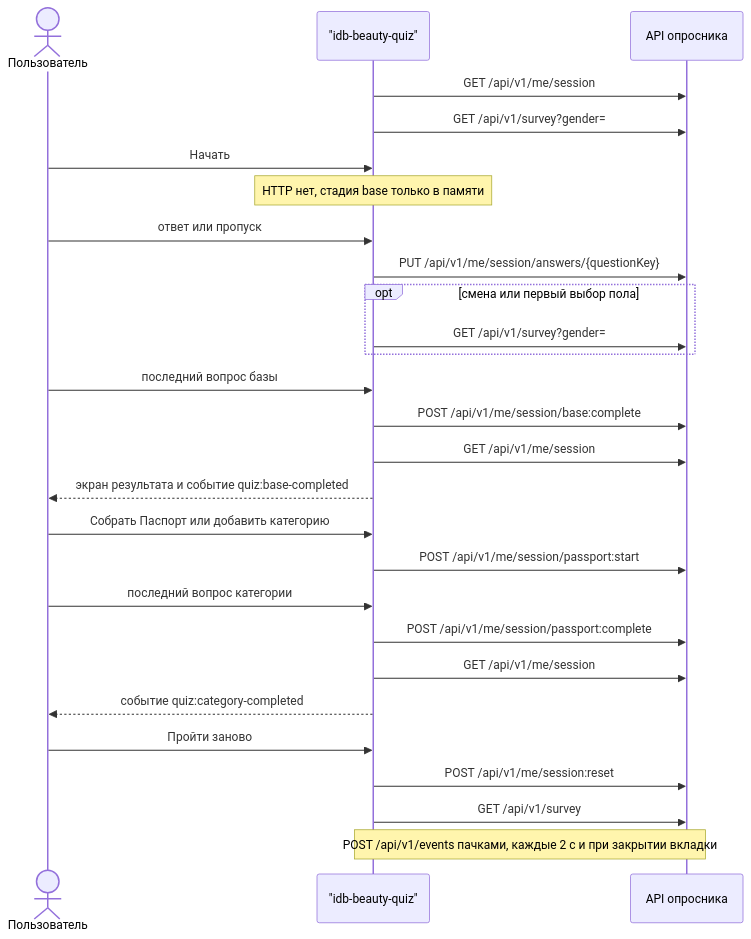
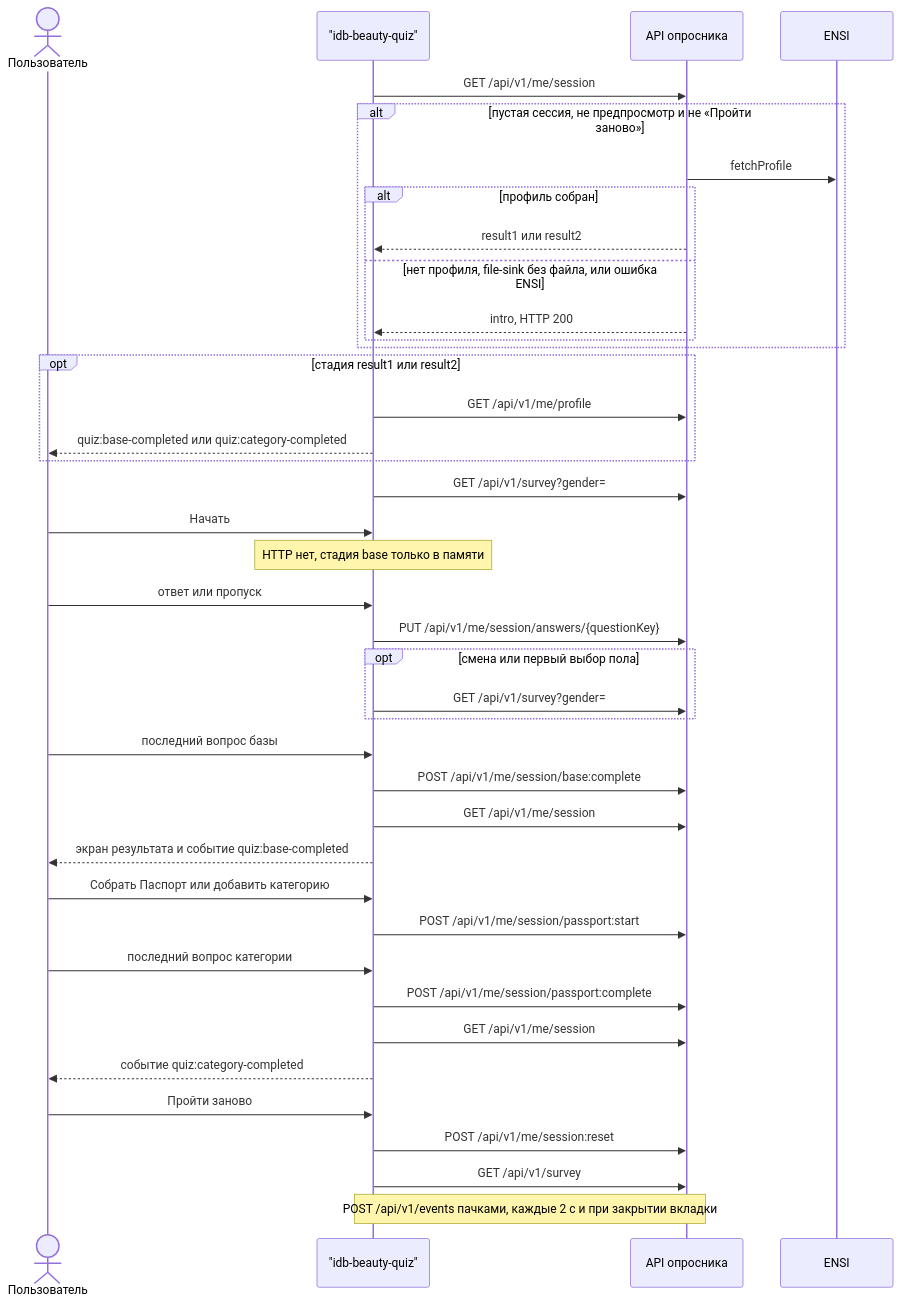
One commit to pomazkoff/idb-beauty-passport changed the first of 5 diagrams in docs/API.md. Above: the diagram before and after it, drawn with Mermaid. The commit also changed other lines of this file and 21 other files, not shown here.

First line of the commit message:
feat: читать профиль из ENSI при входе и зафиксировать прод ИДБ

````diff
--- a/docs/API.md
+++ b/docs/API.md
@@ -28,30 +28,43 @@
 ```mermaid
 sequenceDiagram
   actor User as Пользователь
   participant W as "idb-beauty-quiz"
   participant API as API опросника
+  participant ENSI as ENSI
 
   W->>API: GET /api/v1/me/session
+  alt пустая сессия, не предпросмотр и не «Пройти заново»
+    API->>ENSI: fetchProfile
+    alt профиль собран
+      API-->>W: result1 или result2
+    else нет профиля, file-sink без файла, или ошибка ENSI
+      API-->>W: intro, HTTP 200
+    end
+  end
+  opt стадия result1 или result2
+    W->>API: GET /api/v1/me/profile
+    W-->>User: quiz:base-completed или quiz:category-completed
+  end
   W->>API: GET /api/v1/survey?gender=
   User->>W: Начать
   Note over W: HTTP нет, стадия base только в памяти
   User->>W: ответ или пропуск
   W->>API: PUT /api/v1/me/session/answers/{questionKey}
   opt смена или первый выбор пола
     W->>API: GET /api/v1/survey?gender=
   end
   User->>W: последний вопрос базы
   W->>API: POST /api/v1/me/session/base:complete
   W->>API: GET /api/v1/me/session
   W-->>User: экран результата и событие quiz:base-completed
   User->>W: Собрать Паспорт или добавить категорию
   W->>API: POST /api/v1/me/session/passport:start
   User->>W: последний вопрос категории
   W->>API: POST /api/v1/me/session/passport:complete
   W->>API: GET /api/v1/me/session
   W-->>User: событие quiz:category-completed
   User->>W: Пройти заново
   W->>API: POST /api/v1/me/session:reset
   W->>API: GET /api/v1/survey
   Note over W,API: POST /api/v1/events пачками, каждые 2 с и при закрытии вкладки
 ```
````
